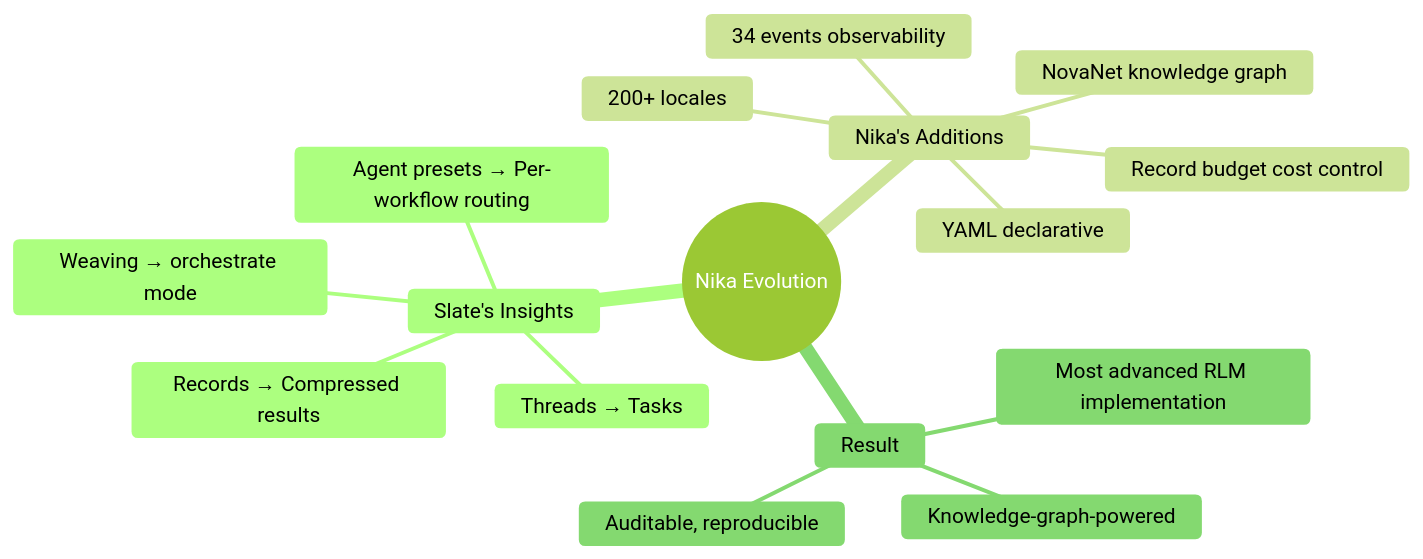
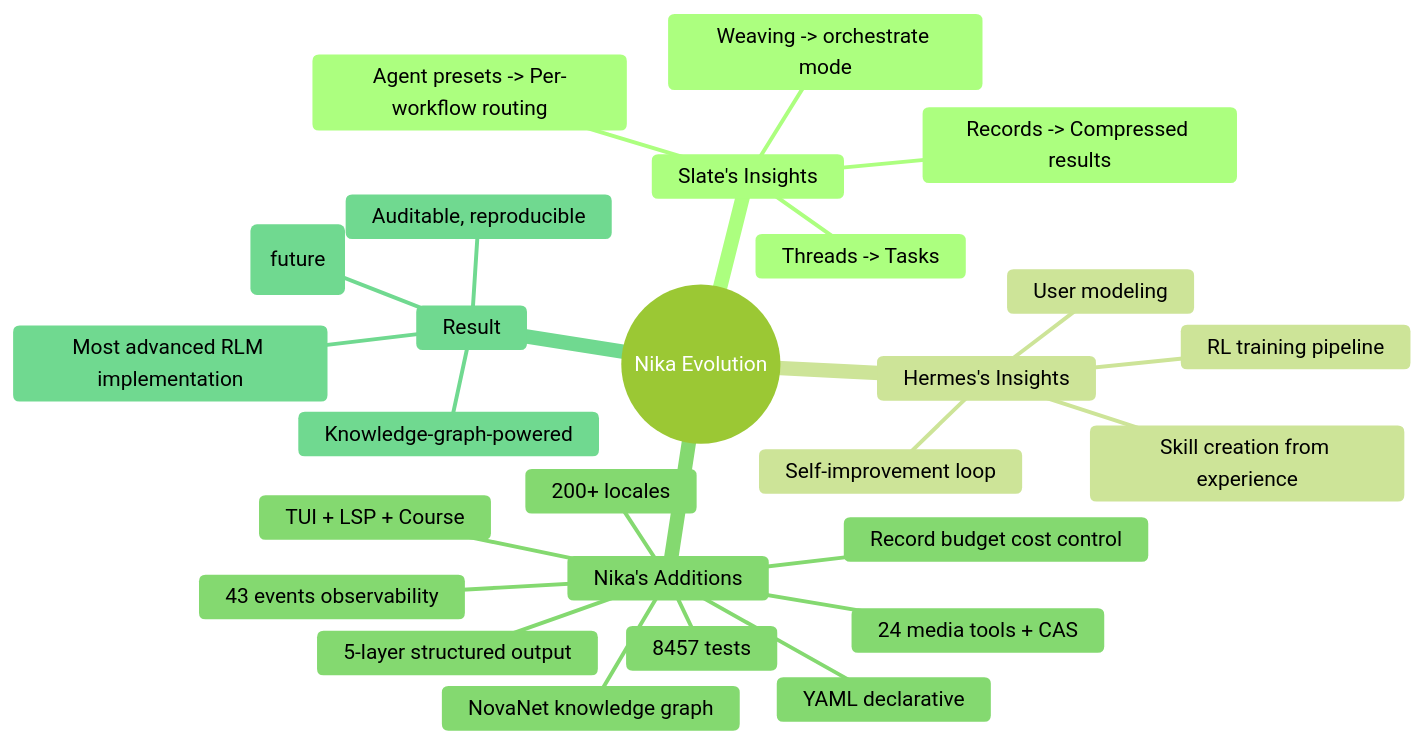
Diagram 15 of 15 in docs/vision/03-competitive-and-inspiration.md (supernovae-st/nika), drawn with Mermaid (forest theme) before and after one commit. The commit also changed other lines of this file and 5 other files, not shown here.

````diff
--- a/docs/vision/03-competitive-and-inspiration.md
+++ b/docs/vision/03-competitive-and-inspiration.md
@@ -879,19 +1162,29 @@
 ```mermaid
 mindmap
     root((Nika Evolution))
         Slate's Insights
-            Threads → Tasks
-            Records → Compressed results
-            Weaving → orchestrate mode
-            Agent presets → Per-workflow routing
+            Threads -> Tasks
+            Records -> Compressed results
+            Weaving -> orchestrate mode
+            Agent presets -> Per-workflow routing
+        Hermes's Insights
+            Self-improvement loop
+            Skill creation from experience
+            User modeling
+            RL training pipeline
         Nika's Additions
             YAML declarative
             NovaNet knowledge graph
-            34 events observability
+            43 events observability
+            5-layer structured output
+            24 media tools + CAS
+            TUI + LSP + Course
             Record budget cost control
             200+ locales
+            8457 tests
         Result
             Most advanced RLM implementation
             Auditable, reproducible
             Knowledge-graph-powered
+            Self-improving (future)
 ```
````
